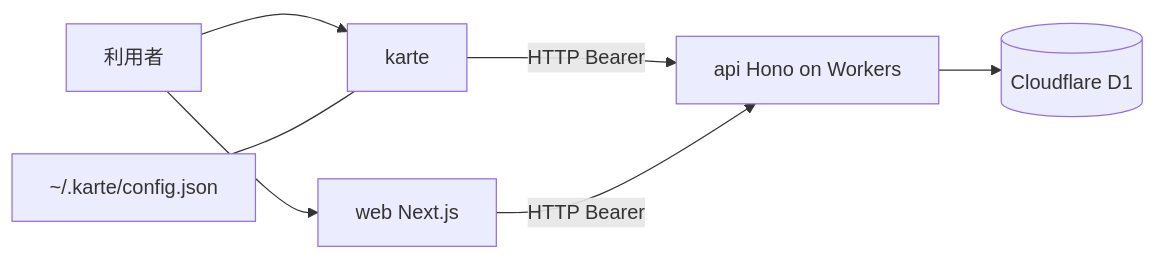
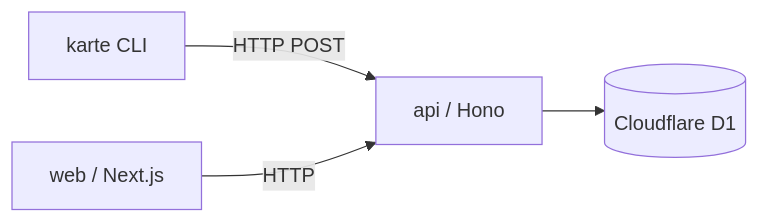
The diagram in .docs/architecture.md (interactive-inc/open-bedrock), drawn with Mermaid before and after one commit. The commit also changed other lines of this file and 13 other files, not shown here.

````diff
--- a/.docs/architecture.md
+++ b/.docs/architecture.md
@@ -31,9 +27,6 @@
 ```mermaid
 flowchart LR
-  user[利用者] --> cli[karte]
-  cli -->|HTTP Bearer| api[api Hono on Workers]
-  user --> web[web Next.js]
-  web -->|HTTP Bearer| api
-  api --> db[(Cloudflare D1)]
-  config[~/.karte/config.json] --- cli
+  cli[karte CLI] -->|HTTP POST| api[api / Hono]
+  web[web / Next.js] -->|HTTP| api
+  api --> d1[(Cloudflare D1)]
 ```
````
